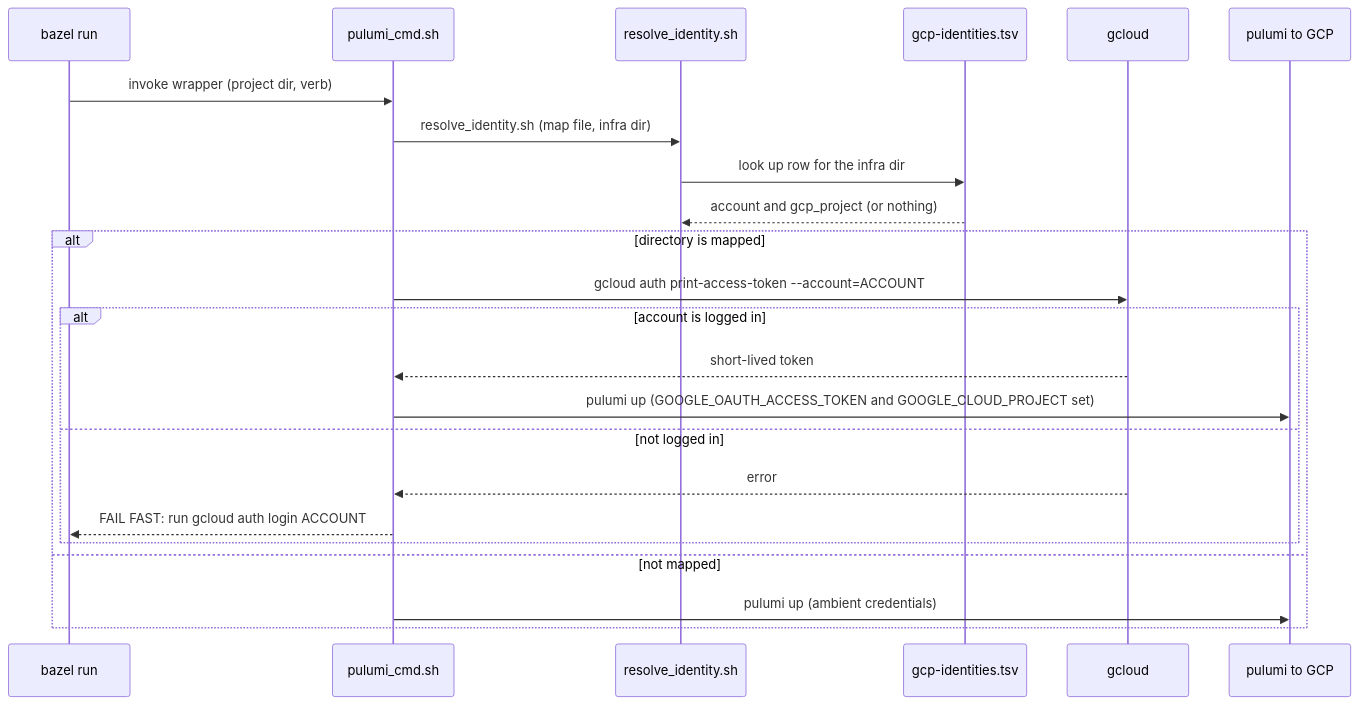
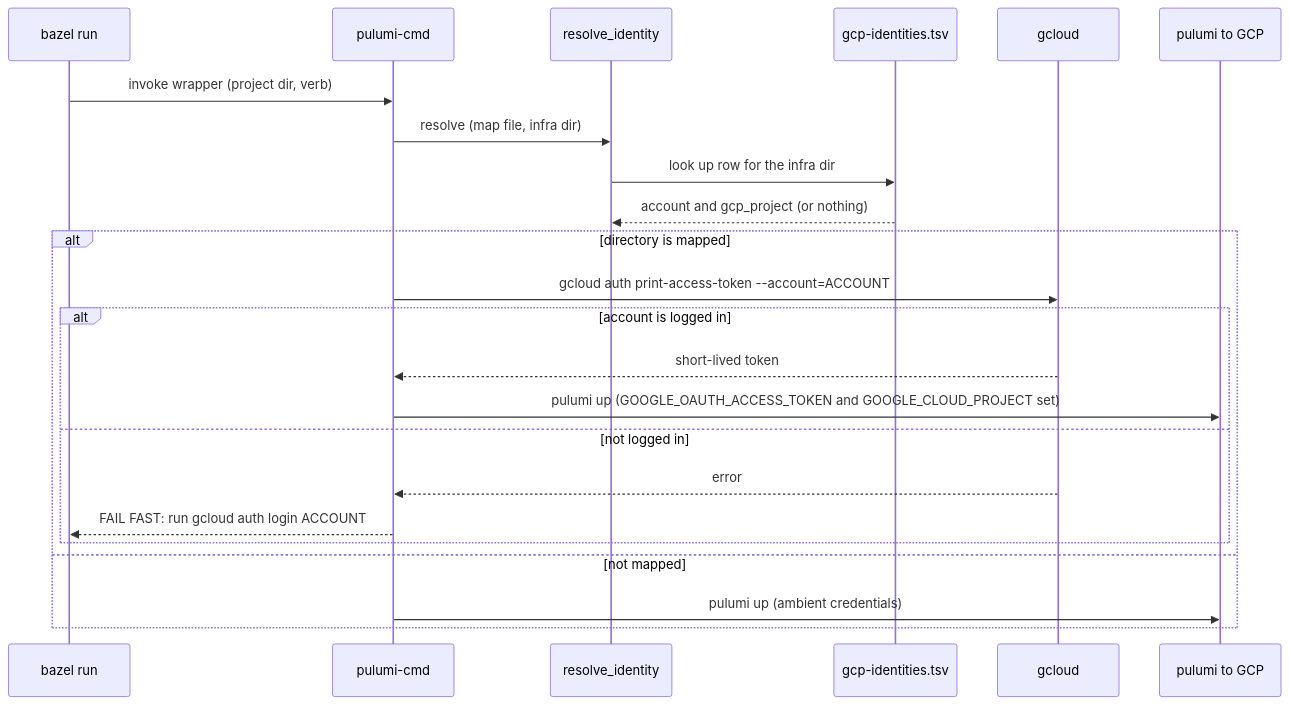
Before and after one commit to VitruvianSoftware/vitruvian-core: the third of 7 diagrams in docs/infrastructure/architecture.md, drawn with Mermaid. The commit also changed other lines of this file and 47 other files, not shown here.

````diff
--- a/docs/infrastructure/architecture.md
+++ b/docs/infrastructure/architecture.md
@@ -87,25 +88,25 @@
 ```mermaid
 sequenceDiagram
     participant U as bazel run
-    participant W as pulumi_cmd.sh
-    participant R as resolve_identity.sh
+    participant W as pulumi-cmd
+    participant R as resolve_identity
     participant M as gcp-identities.tsv
     participant G as gcloud
     participant P as pulumi to GCP
     U->>W: invoke wrapper (project dir, verb)
-    W->>R: resolve_identity.sh (map file, infra dir)
+    W->>R: resolve (map file, infra dir)
     R->>M: look up row for the infra dir
     M-->>R: account and gcp_project (or nothing)
     alt directory is mapped
         W->>G: gcloud auth print-access-token --account=ACCOUNT
         alt account is logged in
             G-->>W: short-lived token
             W->>P: pulumi up (GOOGLE_OAUTH_ACCESS_TOKEN and GOOGLE_CLOUD_PROJECT set)
         else not logged in
             G-->>W: error
             W-->>U: FAIL FAST: run gcloud auth login ACCOUNT
         end
     else not mapped
         W->>P: pulumi up (ambient credentials)
     end
 ```
````
